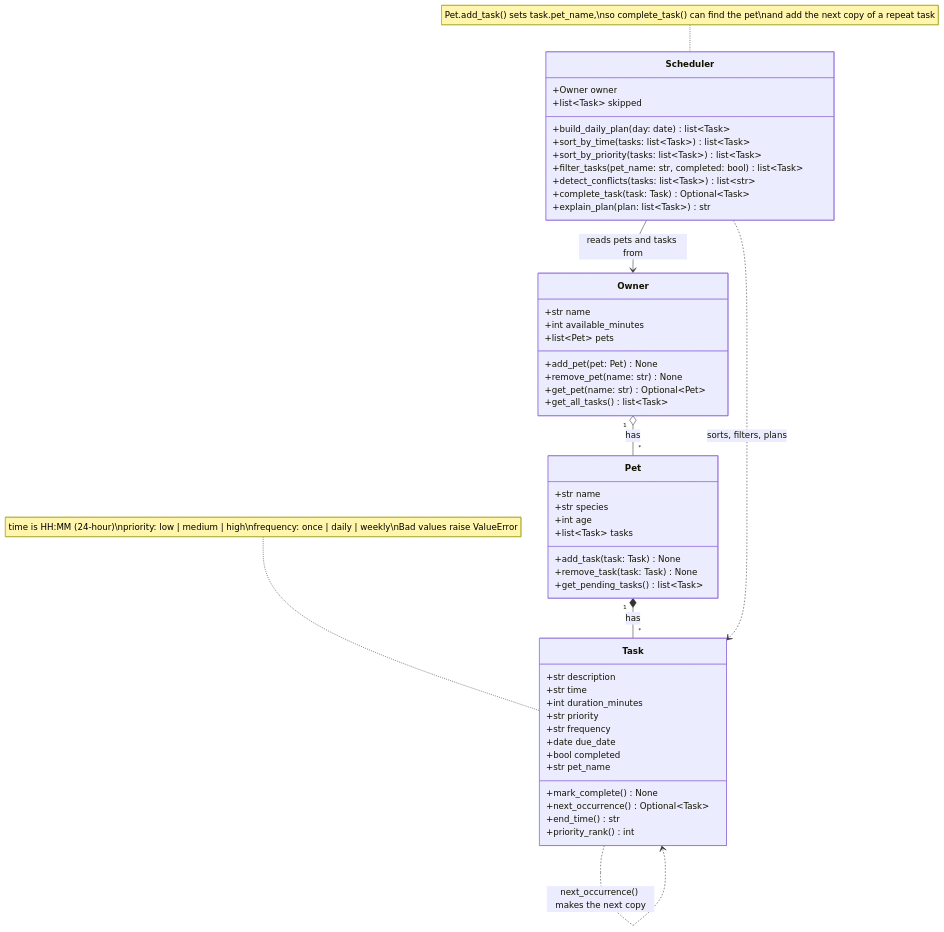
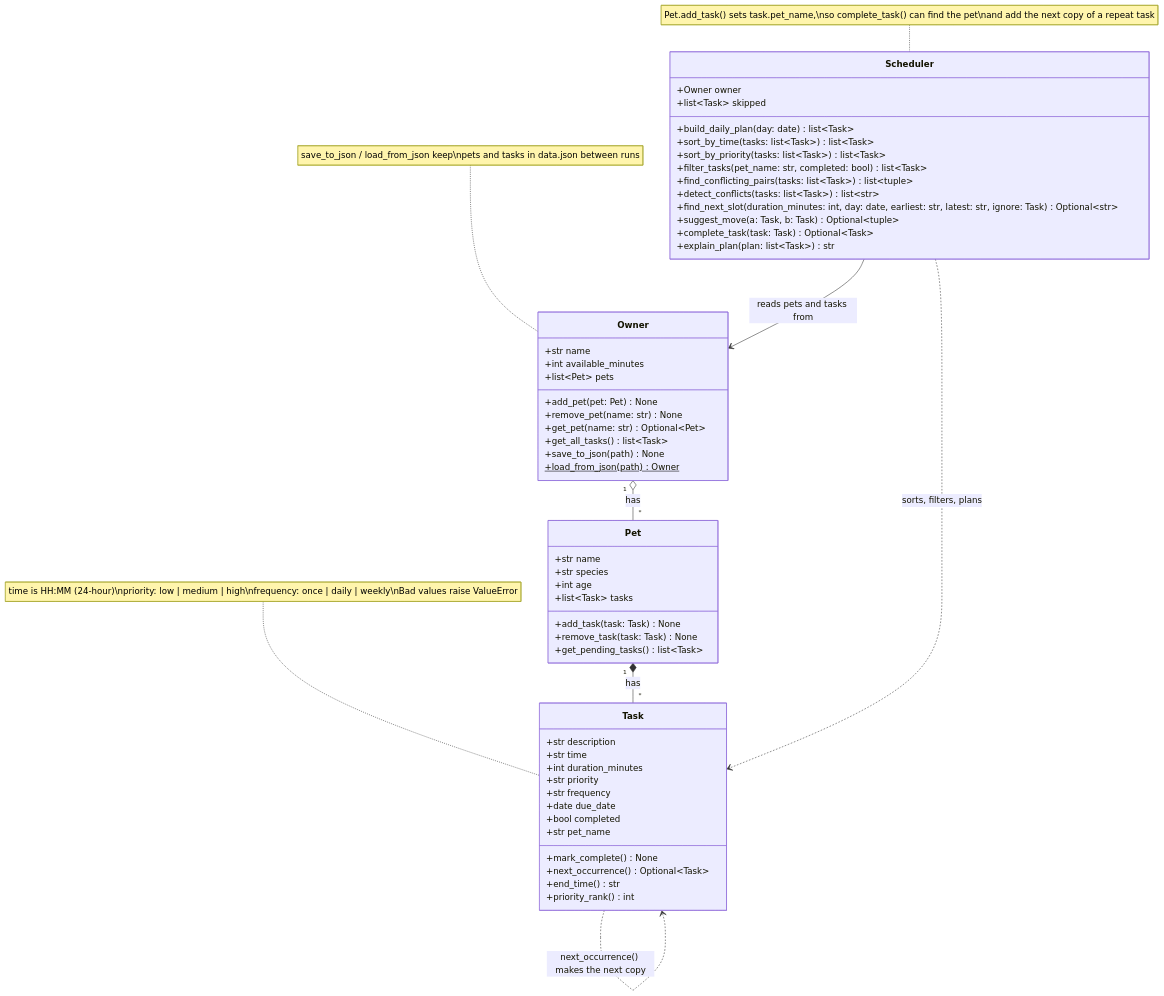
The diagram in README.md (codeTMN/ai110-module2show-pawpal-starter), drawn with Mermaid before and after one commit. The commit also changed other lines of this file and 4 other files, not shown here.

````diff
--- a/README.md
+++ b/README.md
@@ -63,60 +72,66 @@
 ```mermaid
 classDiagram
     %% PawPal+ final class design. Matches pawpal_system.py.
 
     class Owner {
         +str name
         +int available_minutes
         +list~Pet~ pets
         +add_pet(pet: Pet) None
         +remove_pet(name: str) None
         +get_pet(name: str) Optional~Pet~
         +get_all_tasks() list~Task~
+        +save_to_json(path) None
+        +load_from_json(path)$ Owner
     }
 
     class Pet {
         +str name
         +str species
         +int age
         +list~Task~ tasks
         +add_task(task: Task) None
         +remove_task(task: Task) None
         +get_pending_tasks() list~Task~
     }
 
     class Task {
         +str description
         +str time
         +int duration_minutes
         +str priority
         +str frequency
         +date due_date
         +bool completed
         +str pet_name
         +mark_complete() None
         +next_occurrence() Optional~Task~
         +end_time() str
         +priority_rank() int
     }
 
     class Scheduler {
         +Owner owner
         +list~Task~ skipped
         +build_daily_plan(day: date) list~Task~
         +sort_by_time(tasks: list~Task~) list~Task~
         +sort_by_priority(tasks: list~Task~) list~Task~
         +filter_tasks(pet_name: str, completed: bool) list~Task~
+        +find_conflicting_pairs(tasks: list~Task~) list~tuple~
         +detect_conflicts(tasks: list~Task~) list~str~
+        +find_next_slot(duration_minutes: int, day: date, earliest: str, latest: str, ignore: Task) Optional~str~
+        +suggest_move(a: Task, b: Task) Optional~tuple~
         +complete_task(task: Task) Optional~Task~
         +explain_plan(plan: list~Task~) str
     }
 
     Owner "1" o-- "*" Pet : has
     Pet "1" *-- "*" Task : has
     Scheduler --> Owner : reads pets and tasks from
     Scheduler ..> Task : sorts, filters, plans
     Task ..> Task : next_occurrence() makes the next copy
 
     note for Task "time is HH:MM (24-hour)\npriority: low | medium | high\nfrequency: once | daily | weekly\nBad values raise ValueError"
     note for Scheduler "Pet.add_task() sets task.pet_name,\nso complete_task() can find the pet\nand add the next copy of a repeat task"
+    note for Owner "save_to_json / load_from_json keep\npets and tasks in data.json between runs"
 ```
````
